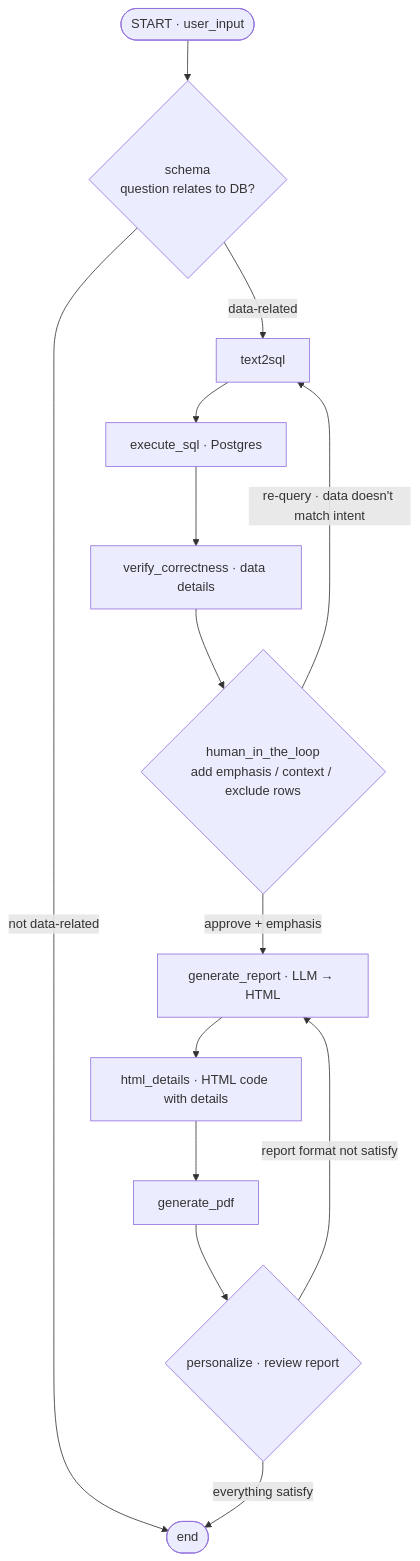
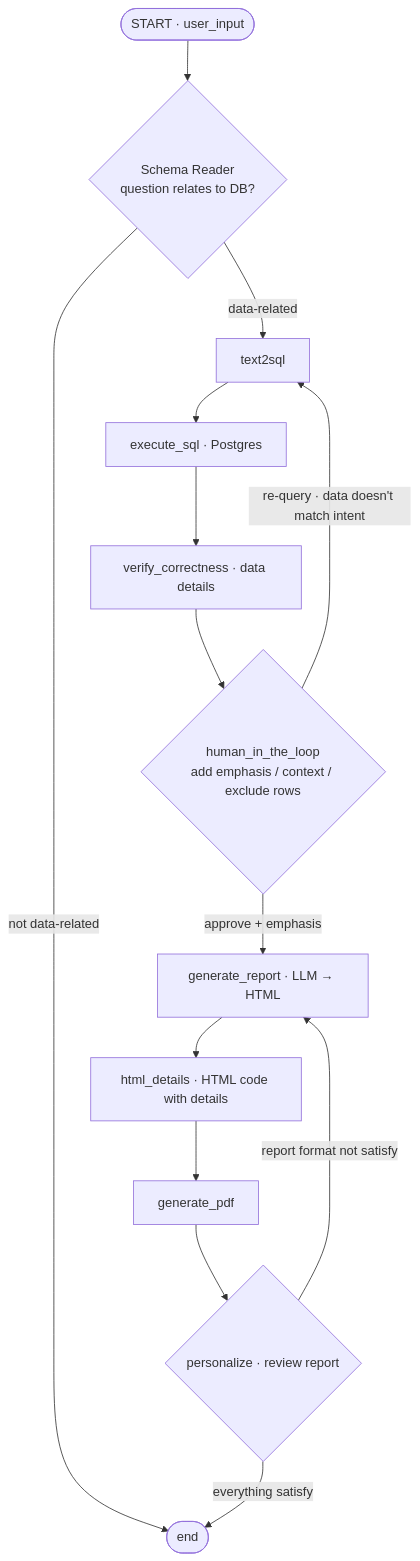
One commit to Nattawat1409/LLM-Auto-Generate-report changed the diagram in README.md. Above: the diagram before and after it, drawn with Mermaid.

Commit message:
Update schema reader description in README

````diff
--- a/README.md
+++ b/README.md
@@ -5,16 +5,16 @@
 ```mermaid
 flowchart TD
-    START([START · user_input]) --> SCHEMA{schema<br/>question relates to DB?}
+    START([START · user_input]) --> SCHEMA{Schema Reader<br/>question relates to DB?}
     SCHEMA -->|not data-related| DONE([end])
     SCHEMA -->|data-related| T2S[text2sql]
     T2S --> EXEC[execute_sql · Postgres]
     EXEC --> VERIFY[verify_correctness · data details]
     VERIFY --> HITL{human_in_the_loop<br/>add emphasis / context / exclude rows}
     HITL -->|re-query · data doesn't match intent| T2S
     HITL -->|approve + emphasis| GEN[generate_report · LLM → HTML]
     GEN --> HTMLD[html_details · HTML code with details]
     HTMLD --> PDF[generate_pdf]
     PDF --> PERS{personalize · review report}
     PERS -->|report format not satisfy| GEN
     PERS -->|everything satisfy| DONE
 ```
````
